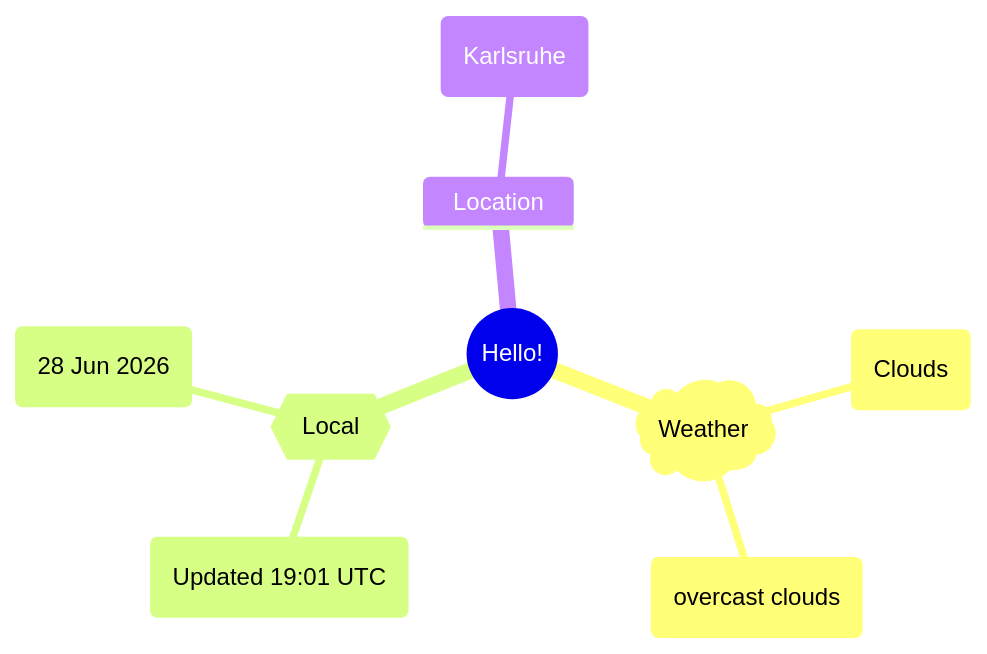
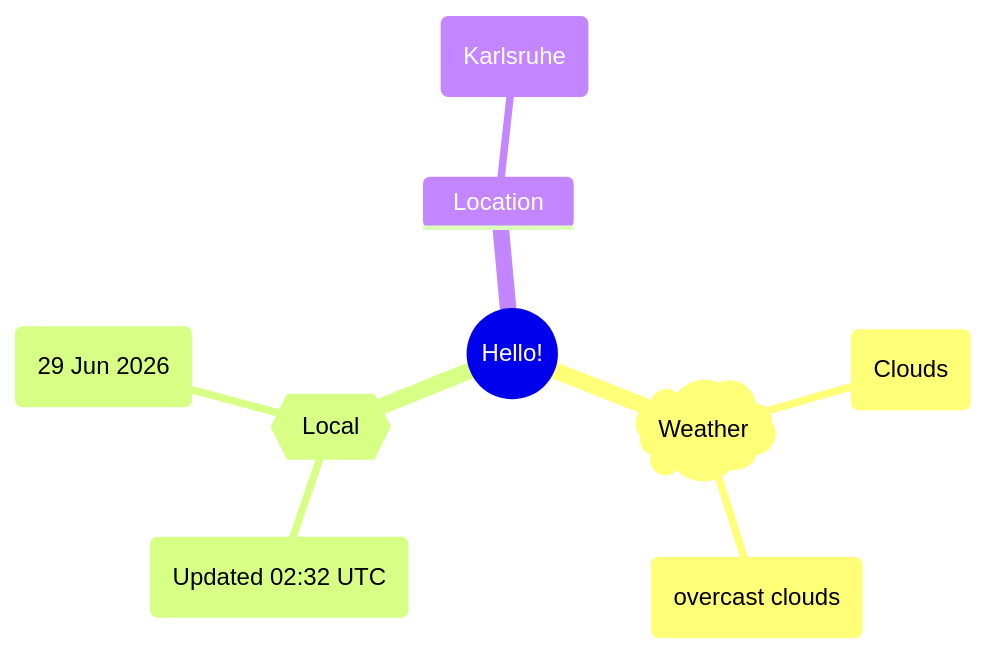
One commit to Xosrov/Xosrov changed the first of 2 diagrams in README.md. Above: the diagram before and after it, drawn with Mermaid.

Commit message:
[bot] updated images

````diff
--- a/README.md
+++ b/README.md
@@ -3,12 +3,12 @@
 ```mermaid
 mindmap
   root((Hello!))
     )Weather(
         (Clouds)
         (overcast clouds)
     {{Local}}
-        (Updated 19:01 UTC)
-        (28 Jun 2026)
+        (Updated 02:32 UTC)
+        (29 Jun 2026)
     Location
         (Karlsruhe)
 ```
````
